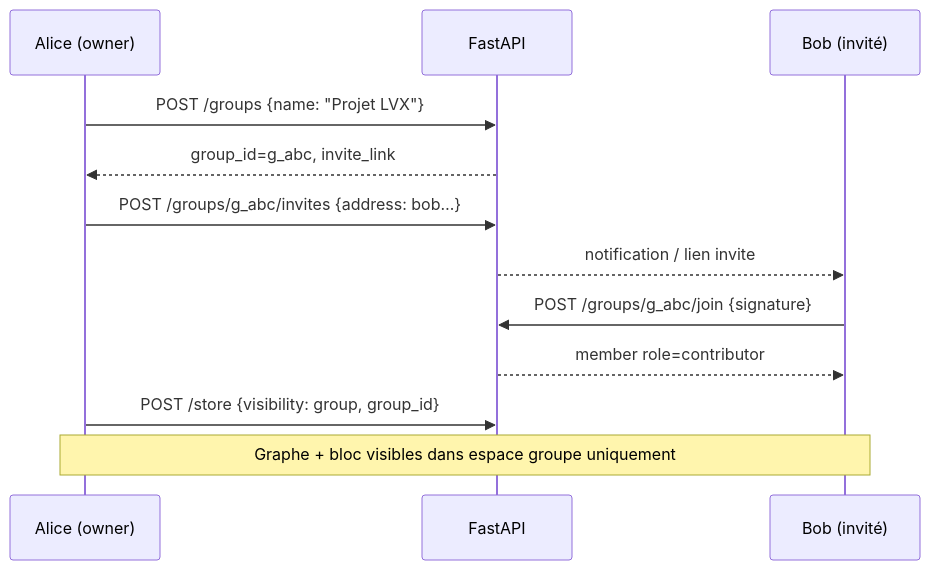
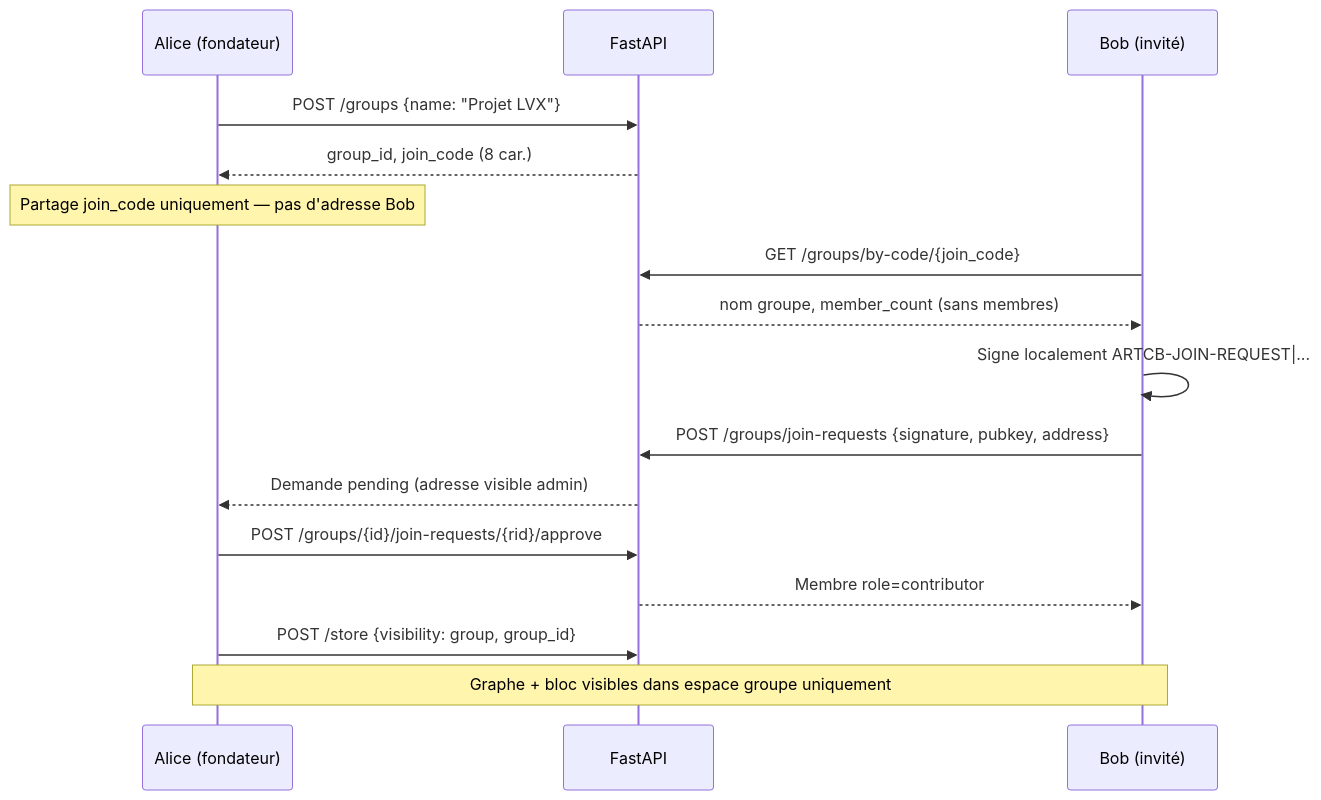
The fifth of 5 diagrams in GROUPES_RESEAUX_ARTCB.md (vgac2025/lvx), drawn with Mermaid before and after one commit. The commit also changed other lines of this file and 20 other files, not shown here.

First line of the commit message:
feat(groups): Solution 2 request-to-join — sécurité invitations

````diff
--- a/GROUPES_RESEAUX_ARTCB.md
+++ b/GROUPES_RESEAUX_ARTCB.md
@@ -208,15 +210,19 @@
 ```mermaid
 sequenceDiagram
-    participant A as Alice (owner)
+    participant A as Alice (fondateur)
     participant API as FastAPI
     participant B as Bob (invité)
 
     A->>API: POST /groups {name: "Projet LVX"}
-    API-->>A: group_id=g_abc, invite_link
-    A->>API: POST /groups/g_abc/invites {address: bob…}
-    API-->>B: notification / lien invite
-    B->>API: POST /groups/g_abc/join {signature}
-    API-->>B: member role=contributor
+    API-->>A: group_id, join_code (8 car.)
+    Note over A: Partage join_code uniquement — pas d'adresse Bob
+    B->>API: GET /groups/by-code/{join_code}
+    API-->>B: nom groupe, member_count (sans membres)
+    B->>B: Signe localement ARTCB-JOIN-REQUEST|...
+    B->>API: POST /groups/join-requests {signature, pubkey, address}
+    API-->>A: Demande pending (adresse visible admin)
+    A->>API: POST /groups/{id}/join-requests/{rid}/approve
+    API-->>B: Membre role=contributor
     A->>API: POST /store {visibility: group, group_id}
     Note over A,B: Graphe + bloc visibles dans espace groupe uniquement
 ```
````
